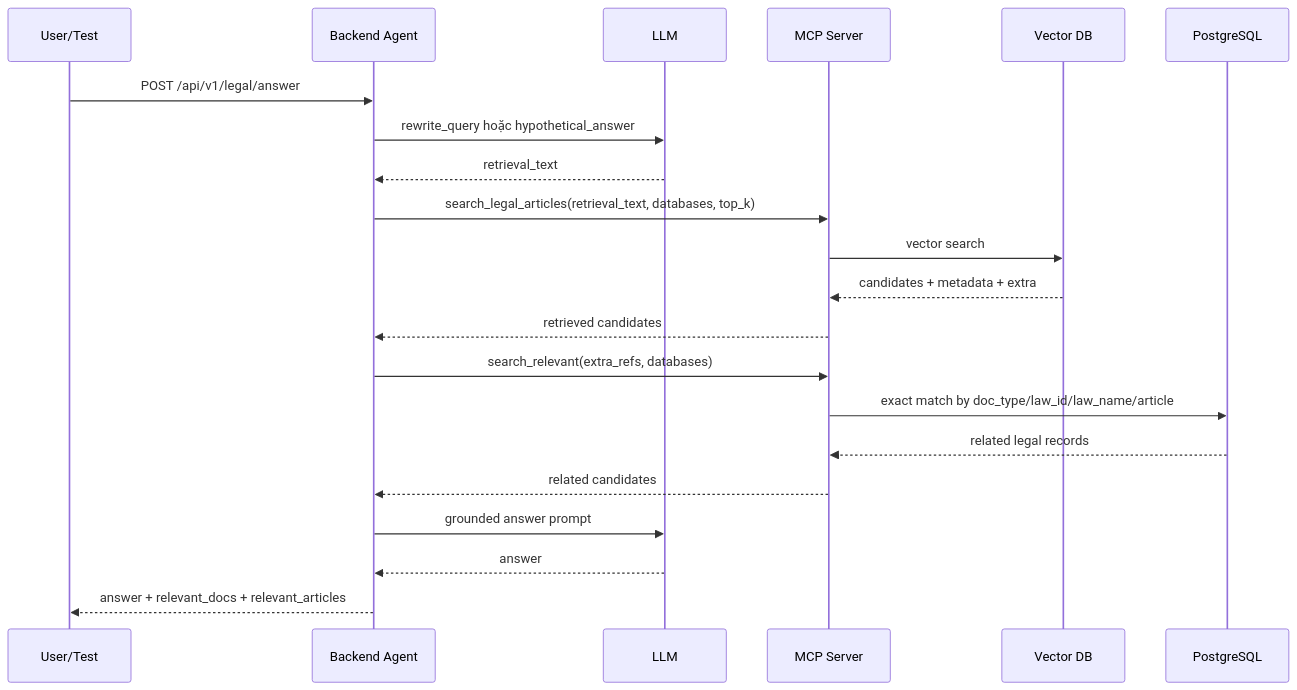
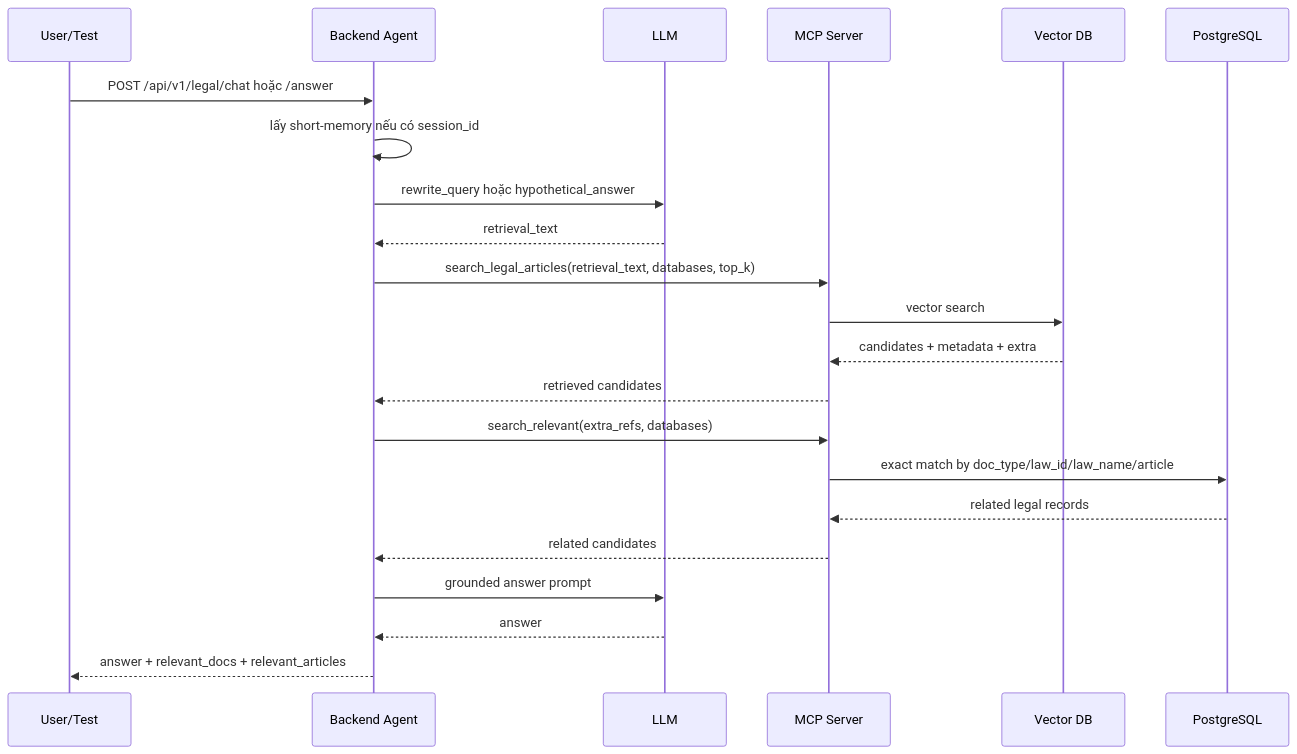
Before and after one commit to lmhtung/legal-assistant-agent: the second of 4 diagrams in backend/docs/REPORT.md, drawn with Mermaid. The commit also changed other lines of this file and 12 other files, not shown here.

````diff
--- a/backend/docs/REPORT.md
+++ b/backend/docs/REPORT.md
@@ -112,26 +113,27 @@
 ```mermaid
 sequenceDiagram
     participant U as User/Test
     participant B as Backend Agent
     participant L as LLM
     participant M as MCP Server
     participant V as Vector DB
     participant P as PostgreSQL
 
-    U->>B: POST /api/v1/legal/answer
+    U->>B: POST /api/v1/legal/chat hoặc /answer
+    B->>B: lấy short-memory nếu có session_id
     B->>L: rewrite_query hoặc hypothetical_answer
     L-->>B: retrieval_text
     B->>M: search_legal_articles(retrieval_text, databases, top_k)
     M->>V: vector search
     V-->>M: candidates + metadata + extra
     M-->>B: retrieved candidates
 
     B->>M: search_relevant(extra_refs, databases)
     M->>P: exact match by doc_type/law_id/law_name/article
     P-->>M: related legal records
     M-->>B: related candidates
 
     B->>L: grounded answer prompt
     L-->>B: answer
     B-->>U: answer + relevant_docs + relevant_articles
 ```
````
